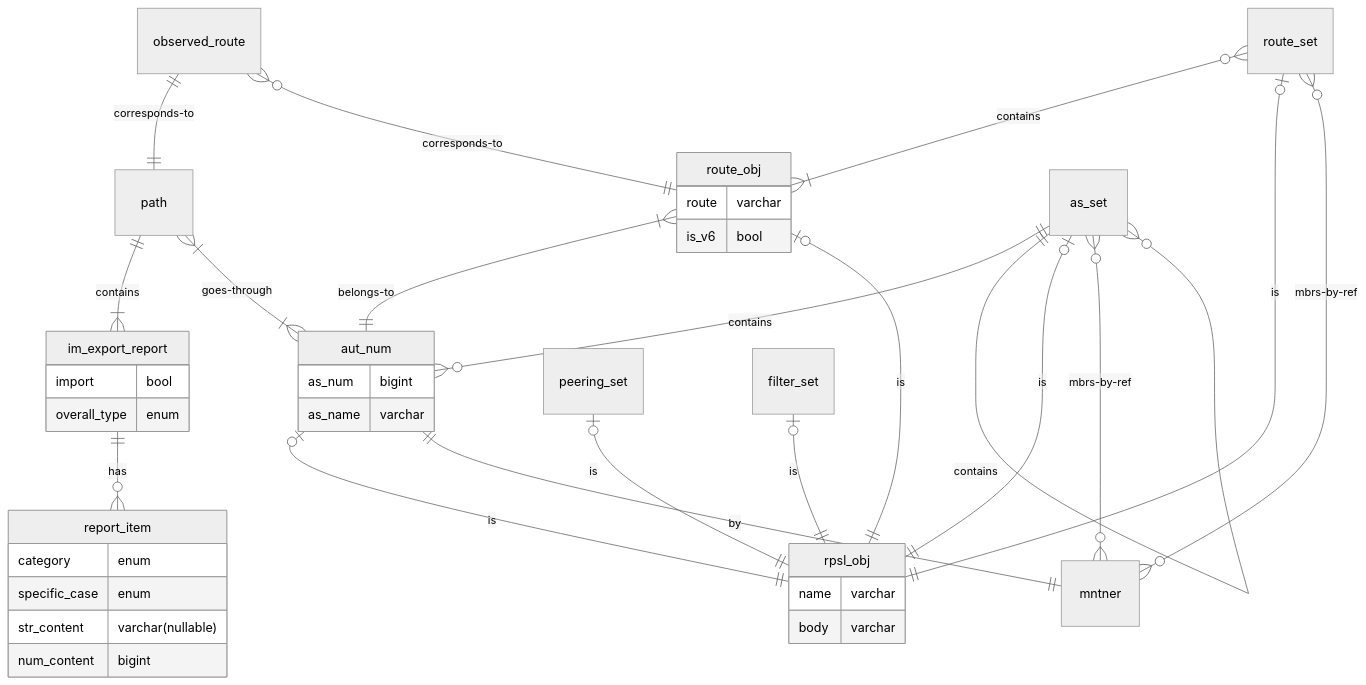
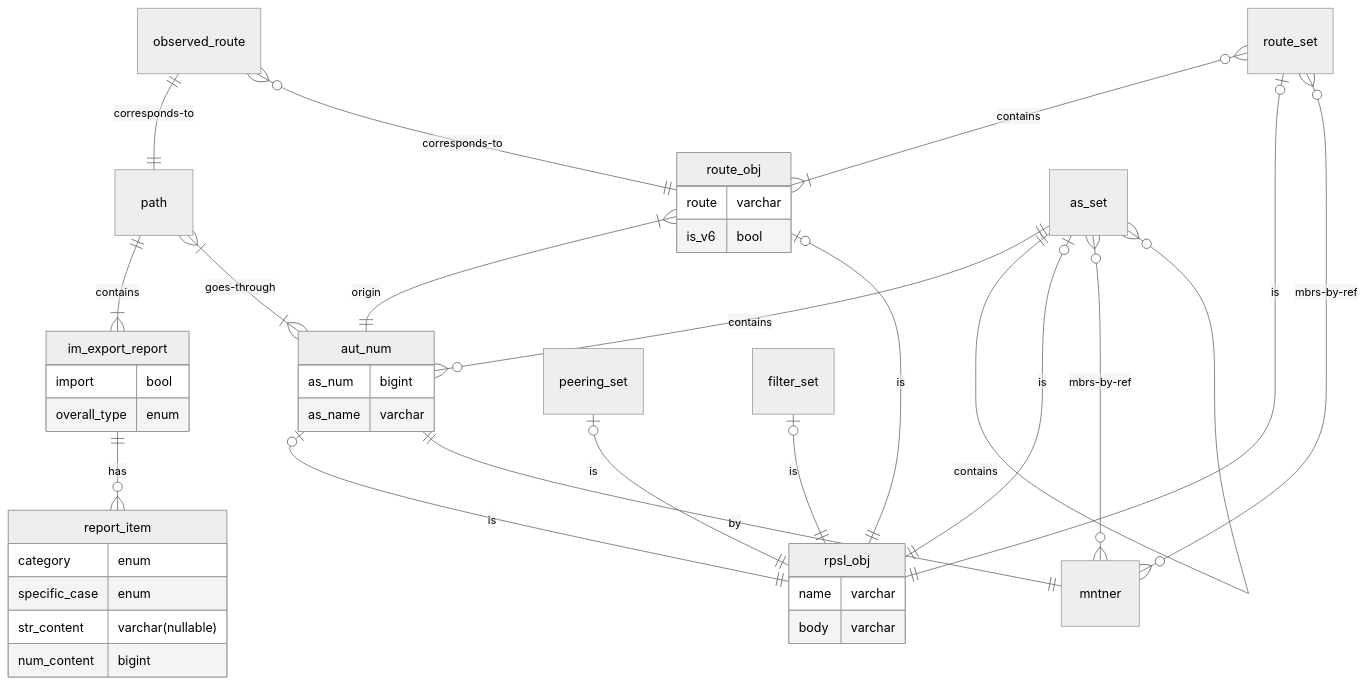
Before and after one commit to SichangHe/internet_route_verification_server: the diagram in description.md, drawn with Mermaid (neutral theme).

Commit message:
route origin

````diff
--- a/description.md
+++ b/description.md
@@ -29,43 +29,43 @@
 ```mermaid
 erDiagram
 im_export_report ||--o{ report_item : has
 im_export_report {
     import bool
     overall_type enum
 }
 report_item {
     category enum
     specific_case enum
     str_content varchar(nullable)
     num_content bigint
 }
 path ||--|{ im_export_report : contains
 path }|--|{ aut_num : goes-through
 aut_num {
     as_num bigint
     as_name varchar
 }
 observed_route ||--|| path : corresponds-to
 observed_route }o--|| route_obj : corresponds-to
 route_obj {
     route varchar
     is_v6 bool
 }
 route_set }o--|{ route_obj: contains
-route_obj }|--|| aut_num : belongs-to
+route_obj }|--|| aut_num : origin
 as_set ||--o{ aut_num : contains
 as_set ||--o{ as_set : contains
 rpsl_obj {
     name varchar
     body varchar
 }
 aut_num |o--|| rpsl_obj : is
 as_set |o--|| rpsl_obj : is
 peering_set |o--|| rpsl_obj : is
 filter_set |o--|| rpsl_obj : is
 route_set |o--|| rpsl_obj : is
 route_obj |o--|| rpsl_obj : is
 aut_num ||--|| mntner : by
 as_set }o--o{ mntner: mbrs-by-ref
 route_set }o--o{ mntner: mbrs-by-ref
 ```
````
